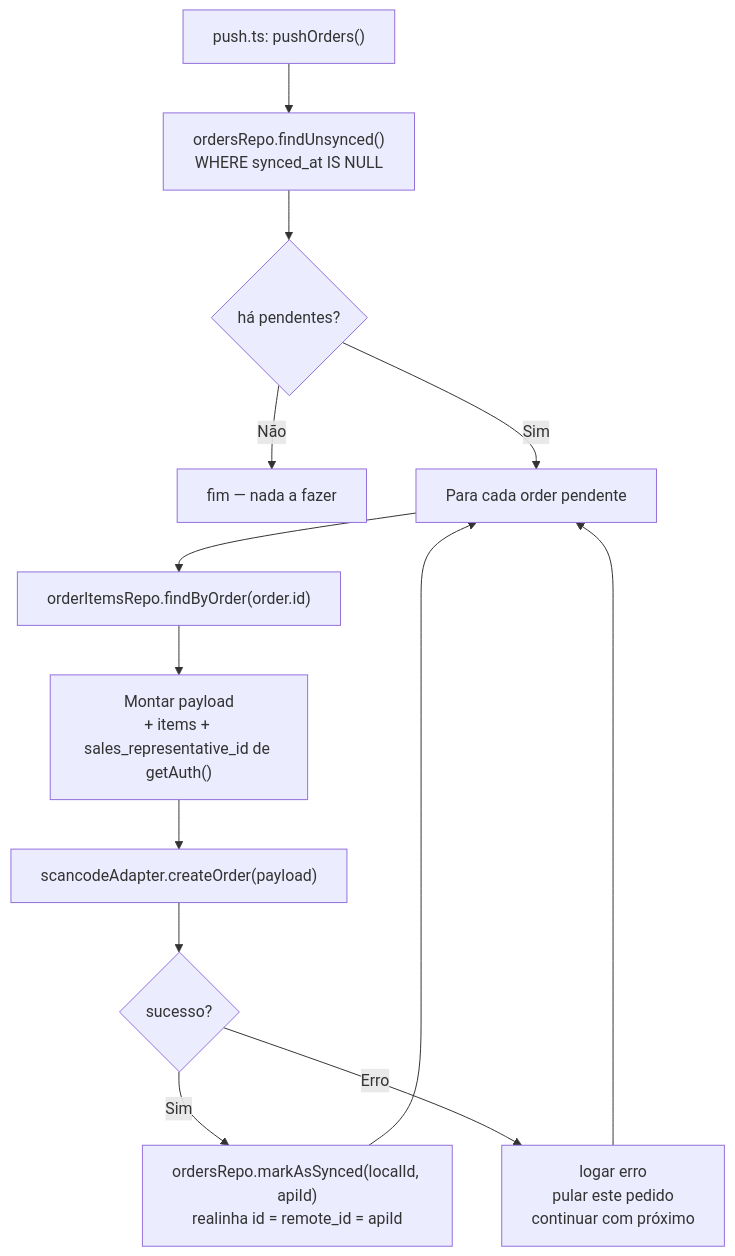
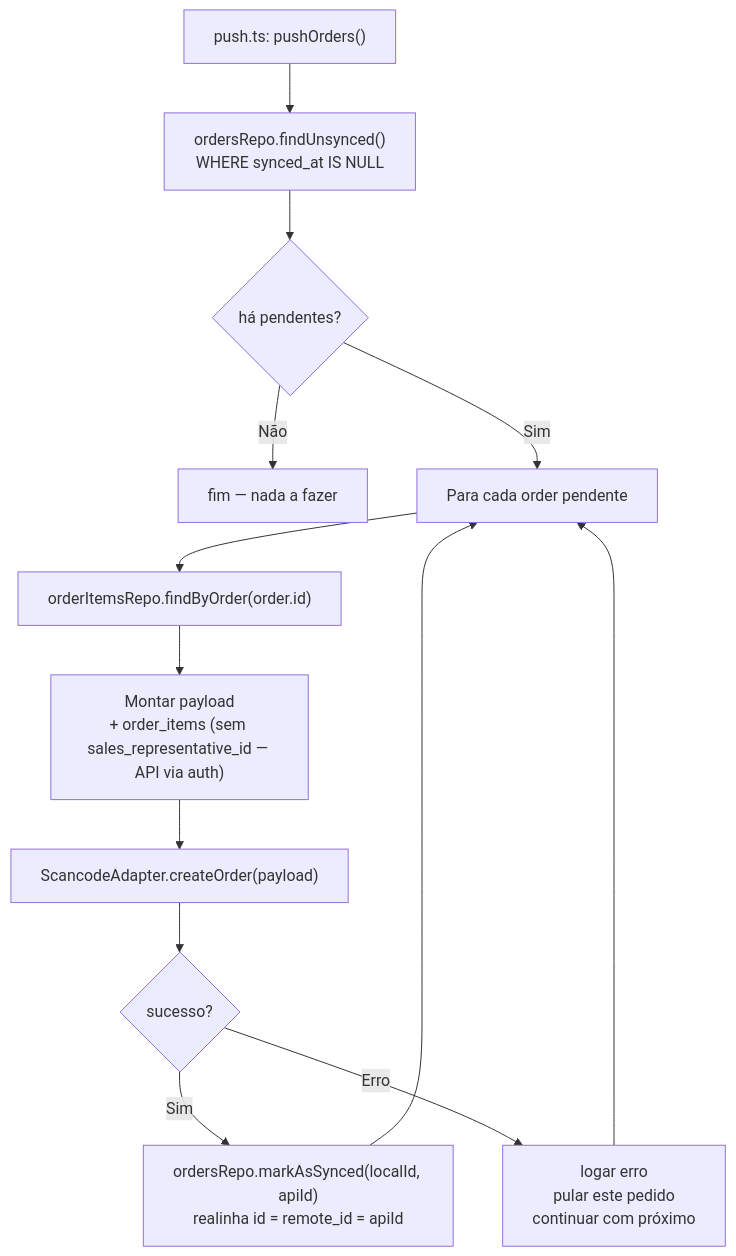
One commit to LeonardoBAV/scancode-app-sample changed the diagram in specs/04-sync-push.md. Above: the diagram before and after it, drawn with Mermaid. The commit also changed other lines of this file and 4 other files, not shown here.

````diff
--- a/specs/04-sync-push.md
+++ b/specs/04-sync-push.md
@@ -59,15 +59,15 @@
 ```mermaid
 flowchart TD
     A["push.ts: pushOrders()"] --> B["ordersRepo.findUnsynced()\nWHERE synced_at IS NULL"]
     B --> C{há pendentes?}
     C -->|Não| Z["fim — nada a fazer"]
     C -->|Sim| D["Para cada order pendente"]
     D --> E["orderItemsRepo.findByOrder(order.id)"]
-    E --> F["Montar payload\n+ items + sales_representative_id de getAuth()"]
-    F --> G["scancodeAdapter.createOrder(payload)"]
+    E --> F["Montar payload\n+ order_items (sem sales_representative_id — API via auth)"]
+    F --> G["ScancodeAdapter.createOrder(payload)"]
     G --> H{sucesso?}
     H -->|Sim| I["ordersRepo.markAsSynced(localId, apiId)\nrealinha id = remote_id = apiId"]
     I --> D
     H -->|Erro| J["logar erro\npular este pedido\ncontinuar com próximo"]
     J --> D
 ```
````
